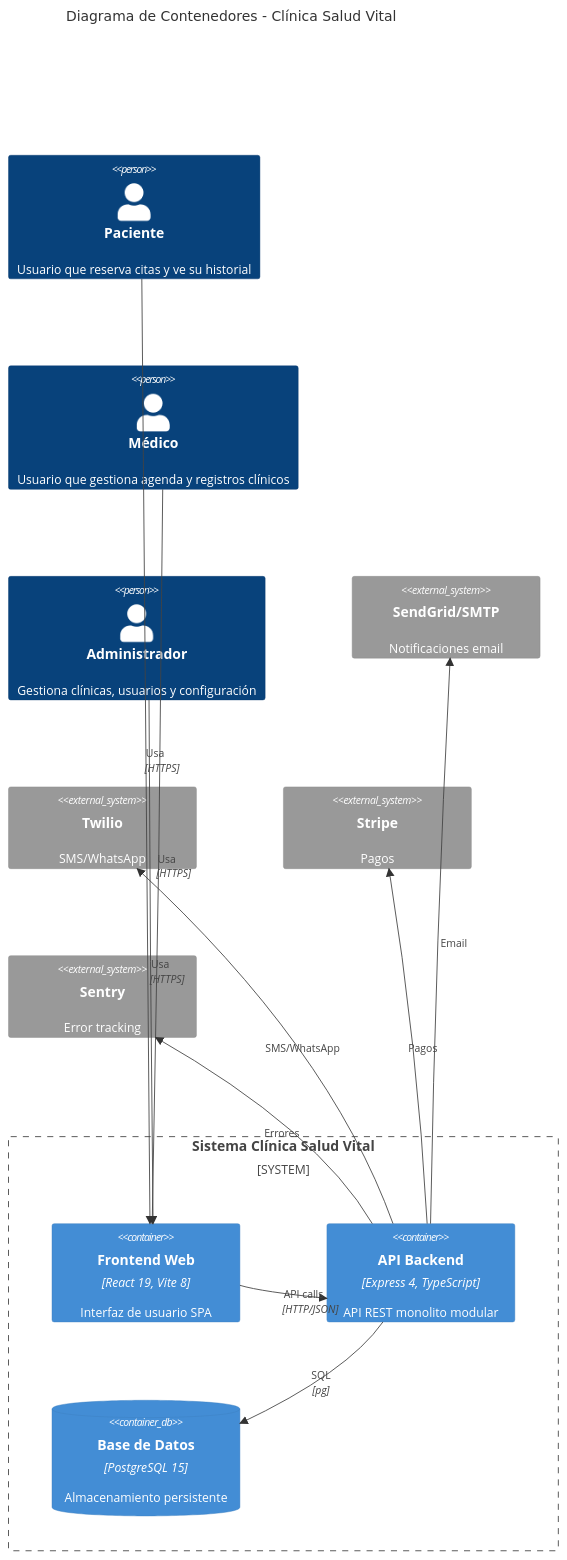
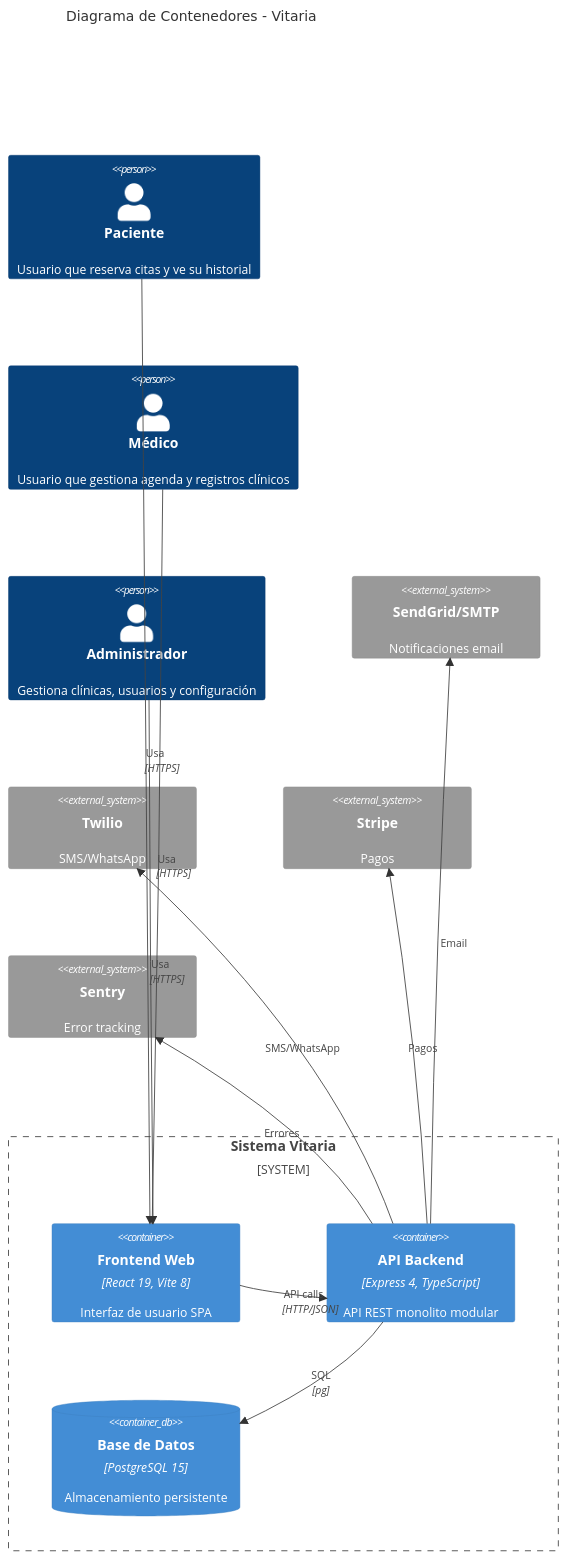
The first of 3 diagrams in wiki/01-ARQUITECTURA/Diagramas.md (bentlyy/Clinica-Salud-Vital), drawn with Mermaid before and after one commit. The commit also changed 36 other files, not shown here.

First line of the commit message:
feat(branding): renombrar sistema a Vitaria

````diff
--- a/wiki/01-ARQUITECTURA/Diagramas.md
+++ b/wiki/01-ARQUITECTURA/Diagramas.md
@@ -7,29 +7,29 @@
 ```mermaid
 C4Context
-    title Diagrama de Contenedores - Clínica Salud Vital
+    title Diagrama de Contenedores - Vitaria
 
     Person(patient, "Paciente", "Usuario que reserva citas y ve su historial")
     Person(doctor, "Médico", "Usuario que gestiona agenda y registros clínicos")
     Person(admin, "Administrador", "Gestiona clínicas, usuarios y configuración")
 
-    System_Boundary(clinic, "Sistema Clínica Salud Vital") {
+    System_Boundary(clinic, "Sistema Vitaria") {
         Container(web, "Frontend Web", "React 19, Vite 8", "Interfaz de usuario SPA")
         Container(api, "API Backend", "Express 4, TypeScript", "API REST monolito modular")
         ContainerDb(db, "Base de Datos", "PostgreSQL 15", "Almacenamiento persistente")
     }
 
     System_Ext(email_svc, "SendGrid/SMTP", "Notificaciones email")
     System_Ext(sms_svc, "Twilio", "SMS/WhatsApp")
     System_Ext(stripe, "Stripe", "Pagos")
     System_Ext(sentry, "Sentry", "Error tracking")
 
     Rel(patient, web, "Usa", "HTTPS")
     Rel(doctor, web, "Usa", "HTTPS")
     Rel(admin, web, "Usa", "HTTPS")
     Rel(web, api, "API calls", "HTTP/JSON")
     Rel(api, db, "SQL", "pg")
     Rel(api, email_svc, "Email")
     Rel(api, sms_svc, "SMS/WhatsApp")
     Rel(api, stripe, "Pagos")
     Rel(api, sentry, "Errores")
 ```
````
